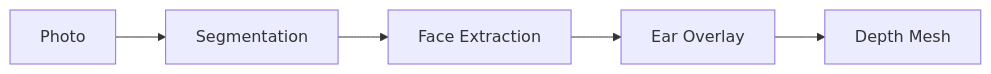
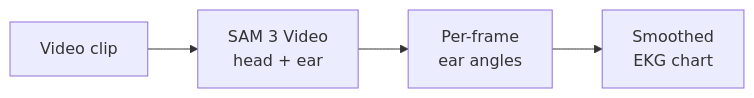
One commit to antonemking/SamSeesSheep changed the diagram in README.md. Above: the diagram before and after it, drawn with Mermaid. The commit also changed other lines of this file and 2 other files, not shown here.

````diff
--- a/README.md
+++ b/README.md
@@ -7,4 +7,4 @@
 ```mermaid
 graph LR
-    A[Photo] --> B[Segmentation] --> C[Face Extraction] --> D[Ear Overlay] --> E[Depth Mesh]
+    A[Video clip] --> B[SAM 3 Video<br/>head + ear] --> C[Per-frame<br/>ear angles] --> D[Smoothed<br/>EKG chart]
 ```
````
